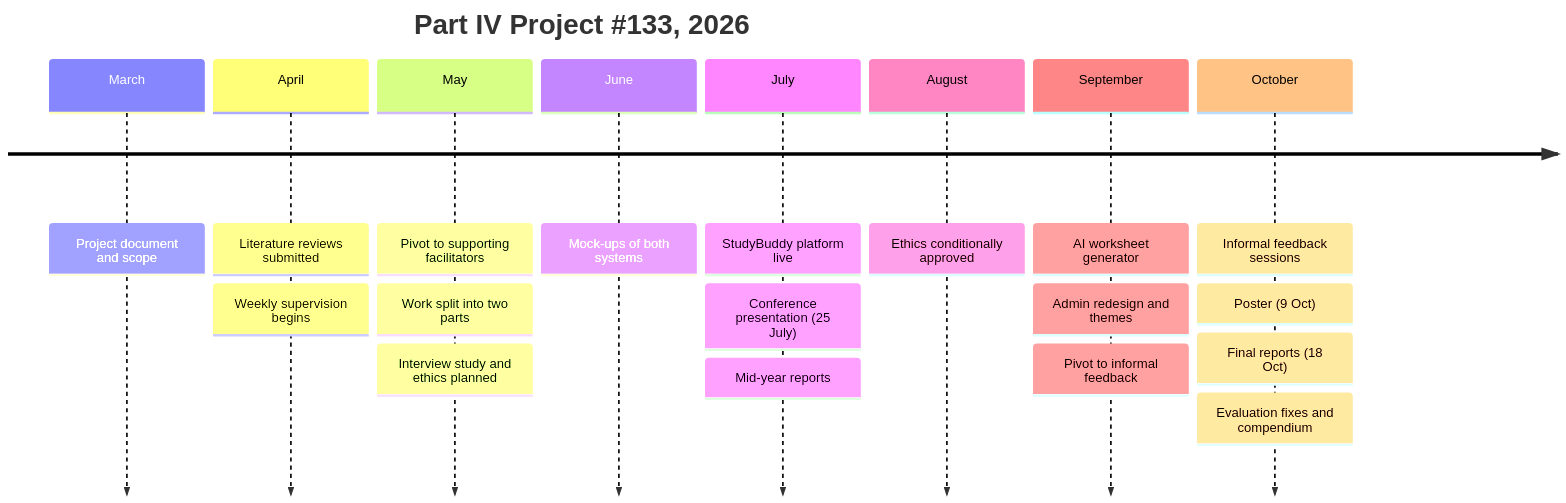
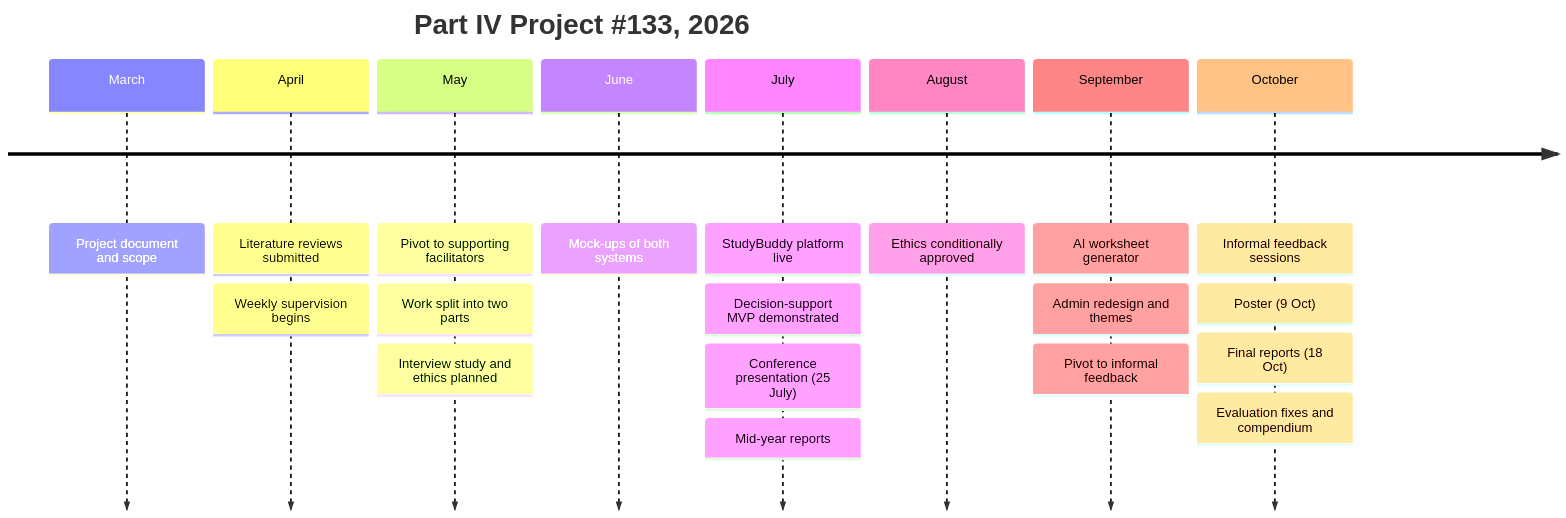
The diagram in 02-General/Project-Timeline.md (IceBear-2000/UoA-Part-IV-Project-Research-Compendium), drawn with Mermaid before and after one commit. The commit also changed other lines of this file and 3 other files, not shown here.

````diff
--- a/02-General/Project-Timeline.md
+++ b/02-General/Project-Timeline.md
@@ -7,22 +7,23 @@
 ```mermaid
 timeline
     title Part IV Project #133, 2026
     March : Project document and scope
     April : Literature reviews submitted
           : Weekly supervision begins
     May : Pivot to supporting facilitators
         : Work split into two parts
         : Interview study and ethics planned
     June : Mock-ups of both systems
     July : StudyBuddy platform live
+         : Decision-support MVP demonstrated
          : Conference presentation (25 July)
          : Mid-year reports
     August : Ethics conditionally approved
     September : AI worksheet generator
               : Admin redesign and themes
               : Pivot to informal feedback
     October : Informal feedback sessions
             : Poster (9 Oct)
             : Final reports (18 Oct)
             : Evaluation fixes and compendium
 ```
````
